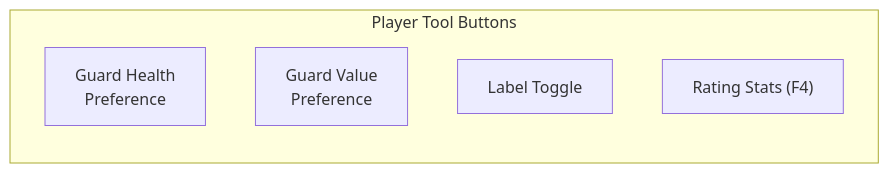
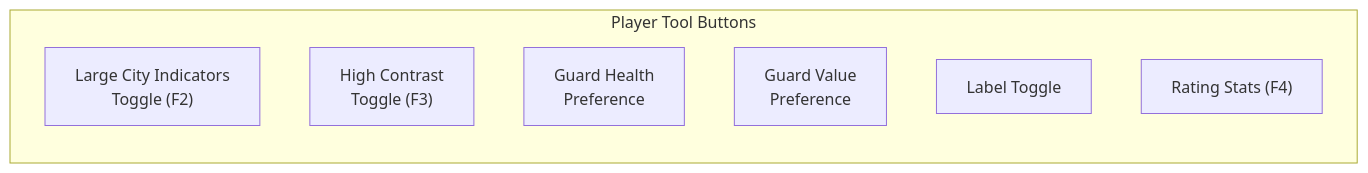
The third of 3 diagrams in website/public/game-guide-content/commands.md (Warcraft-3-Risk/wc3-risk-system), drawn with Mermaid before and after one commit. The commit also changed other lines of this file and 12 other files, not shown here.

````diff
--- a/website/public/game-guide-content/commands.md
+++ b/website/public/game-guide-content/commands.md
@@ -220,9 +220,11 @@
 ```mermaid
 flowchart LR
     subgraph Buttons ["Player Tool Buttons"]
-        B1["Guard Health<br/>Preference"]
-        B2["Guard Value<br/>Preference"]
-        B3["Label Toggle"]
-        B4["Rating Stats (F4)"]
+        B0["Large City Indicators<br/>Toggle (F2)"]
+        B1["High Contrast<br/>Toggle (F3)"]
+        B2["Guard Health<br/>Preference"]
+        B3["Guard Value<br/>Preference"]
+        B4["Label Toggle"]
+        B5["Rating Stats (F4)"]
     end
 ```
````
